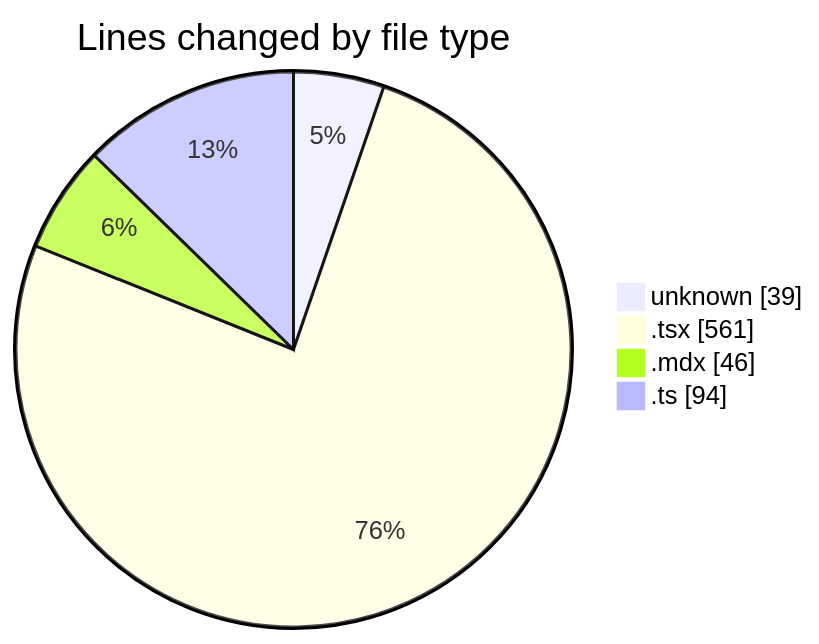
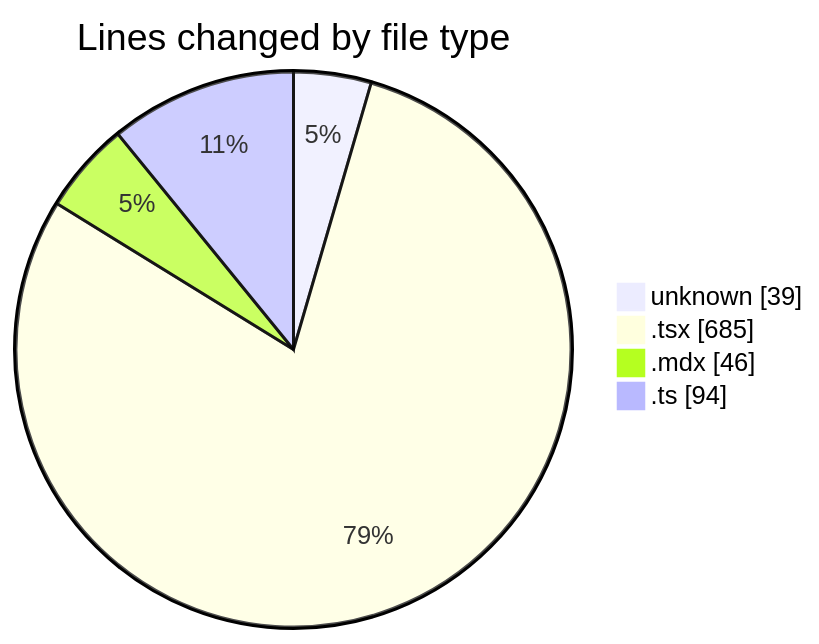
The first of 2 diagrams in 2025-05-24/elitesun/README.md (Elitesun/code-tracking), drawn with Mermaid before and after one commit. The commit also changed other lines of this file and 1 other file, not shown here.

````diff
--- a/2025-05-24/elitesun/README.md
+++ b/2025-05-24/elitesun/README.md
@@ -29,8 +30,8 @@
 ```mermaid
 pie showData
 title Lines changed by file type
 "unknown" : 39
-".tsx" : 561
+".tsx" : 685
 ".mdx" : 46
 ".ts" : 94
 ```
````
